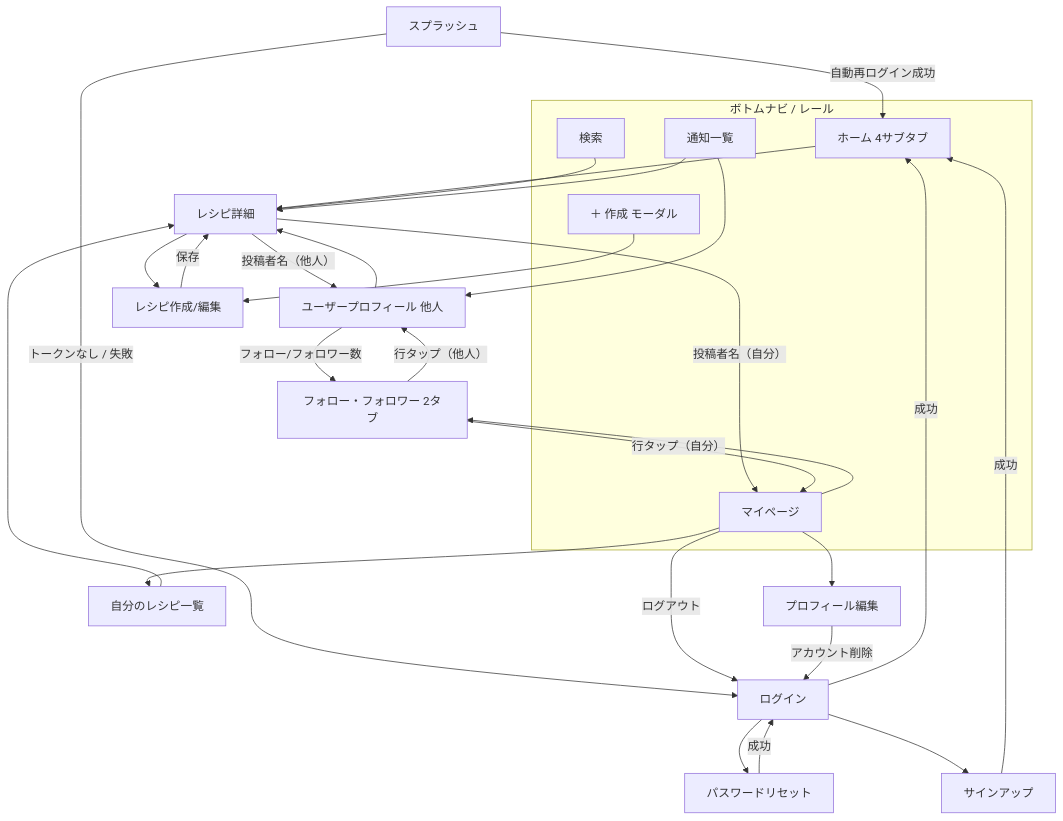
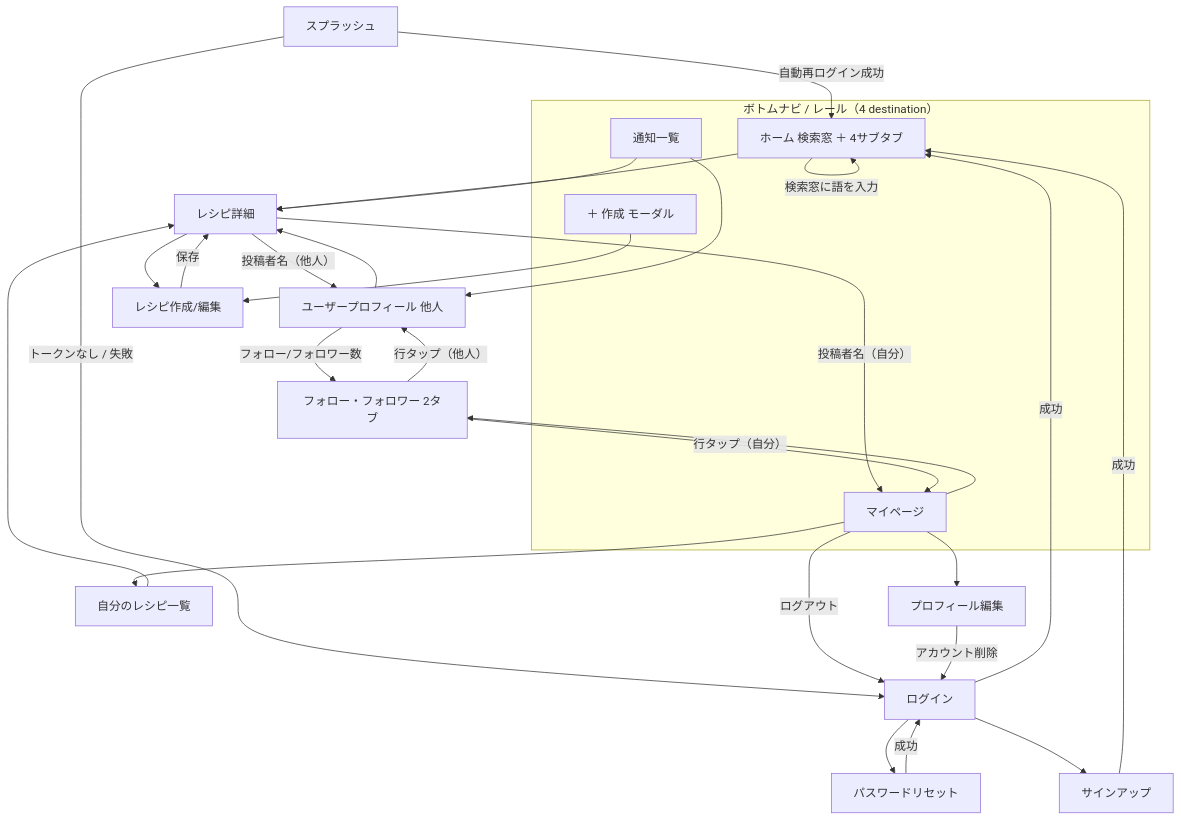
One commit to yamamotonaoki3/Recipi changed the first of 7 diagrams in docs/requirements/screens/transitions.md. Above: the diagram before and after it, drawn with Mermaid. The commit also changed other lines of this file and 15 other files, not shown here.

````diff
--- a/docs/requirements/screens/transitions.md
+++ b/docs/requirements/screens/transitions.md
@@ -7,41 +7,40 @@
 ```mermaid
 flowchart TD
     Splash[スプラッシュ]
     Splash -->|自動再ログイン成功| Home
     Splash -->|トークンなし / 失敗| Login[ログイン]
 
     Login --> Signup[サインアップ]
     Login --> PwReset[パスワードリセット]
     Login -->|成功| Home
     Signup -->|成功| Home
     PwReset -->|成功| Login
 
-    subgraph BottomNav[ボトムナビ / レール]
-      Home[ホーム 4サブタブ]
-      Search[検索]
+    subgraph BottomNav[ボトムナビ / レール（4 destination）]
+      Home[ホーム 検索窓 ＋ 4サブタブ]
       Create[＋ 作成 モーダル]
       Notif[通知一覧]
       MyPage[マイページ]
     end
 
+    Home -->|検索窓に語を入力| Home
     Home --> Detail[レシピ詳細]
-    Search --> Detail
     Notif --> Detail
     Notif --> UserProfile[ユーザープロフィール 他人]
     MyPage --> MyRecipes[自分のレシピ一覧]
     MyPage --> Connections[フォロー・フォロワー 2タブ]
     MyPage --> ProfileEdit[プロフィール編集]
     MyPage -->|ログアウト| Login
 
     Detail --> Editor[レシピ作成/編集]
     Create --> Editor
     Editor -->|保存| Detail
     Detail -->|投稿者名（他人）| UserProfile
     Detail -->|投稿者名（自分）| MyPage
     MyRecipes --> Detail
     UserProfile --> Detail
     UserProfile -->|フォロー/フォロワー数| Connections
     Connections -->|行タップ（他人）| UserProfile
     Connections -->|行タップ（自分）| MyPage
     ProfileEdit -->|アカウント削除| Login
 ```
````
